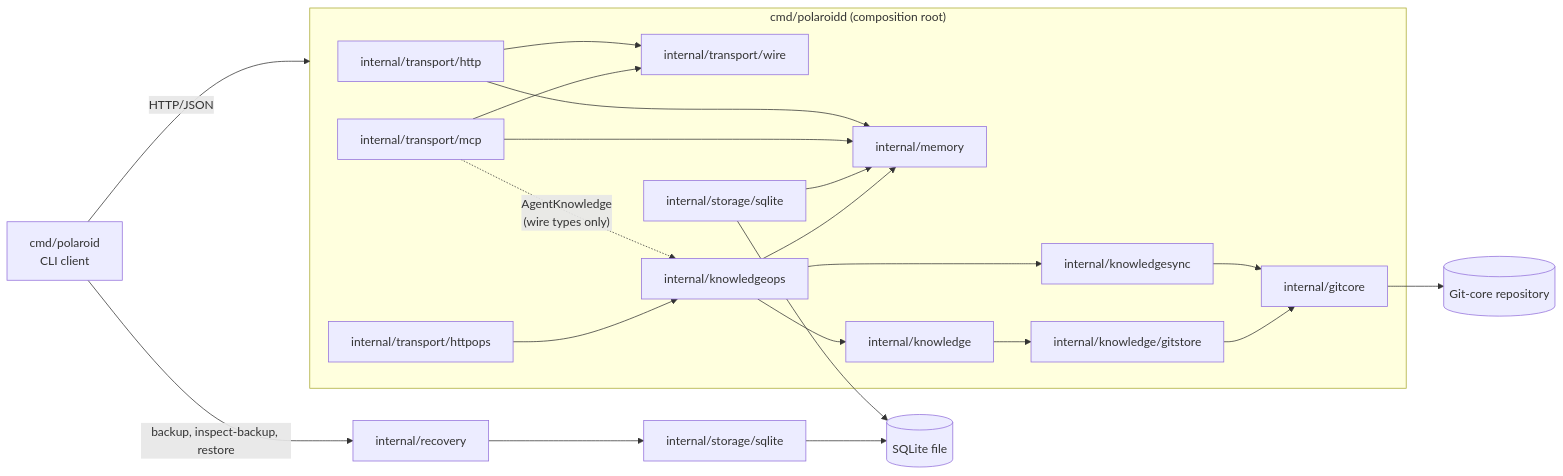
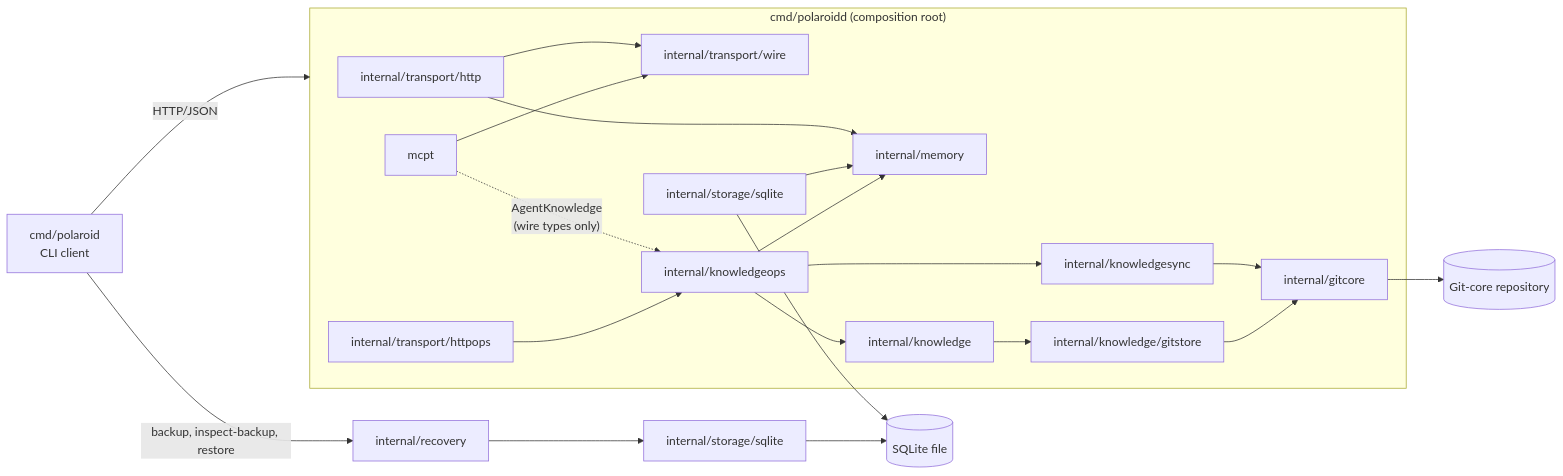
One commit to ashuangiras/polaroid changed the diagram in docs/architecture/overview.md. Above: the diagram before and after it, drawn with Mermaid. The commit also changed other lines of this file and 42 other files, not shown here.

````diff
--- a/docs/architecture/overview.md
+++ b/docs/architecture/overview.md
@@ -11,24 +11,23 @@
 ```mermaid
 flowchart LR
   cli["cmd/polaroid<br/>CLI client"] -- HTTP/JSON --> daemon
   cli -- "backup, inspect-backup, restore" --> recovery["internal/recovery"]
   recovery --> rsqlite["internal/storage/sqlite"]
   rsqlite --> db
   subgraph daemon["cmd/polaroidd (composition root)"]
     transport["internal/transport/http"] --> memory["internal/memory"]
-    mcpt["internal/transport/mcp"] --> memory
     transport --> wire["internal/transport/wire"]
     mcpt --> wire
     sqlite["internal/storage/sqlite"] --> memory
     mcpt -. "AgentKnowledge\n(wire types only)" .-> kops
     httpops["internal/transport/httpops"] --> kops["internal/knowledgeops"]
     kops --> kernel["internal/knowledge"]
     kops --> ksync["internal/knowledgesync"]
     kops --> memory
     ksync --> gitcore["internal/gitcore"]
     kernel --> gitstore["internal/knowledge/gitstore"]
     gitstore --> gitcore
   end
   sqlite --> db[("SQLite file")]
   gitcore --> repo[("Git-core repository")]
 ```
````
